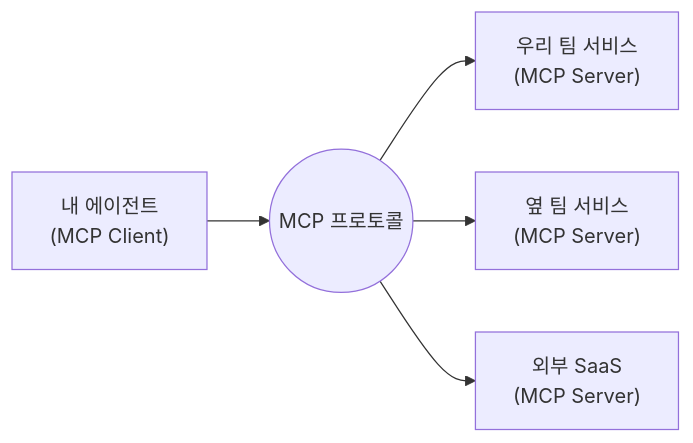
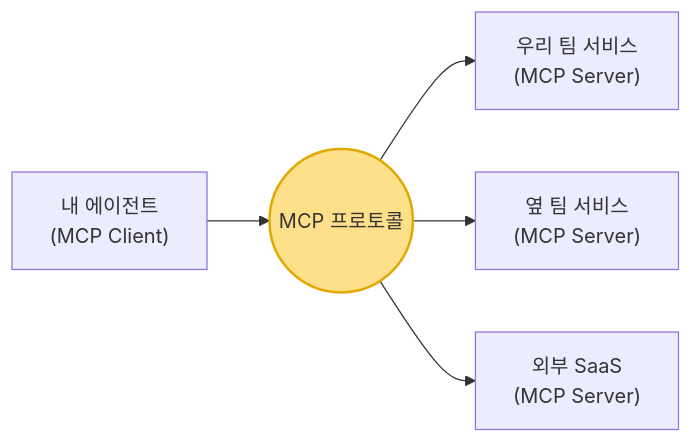
One commit to devjune/spring-ai-study changed the third of 4 diagrams in spring-ai-study.md. Above: the diagram before and after it, drawn with Mermaid. The commit also changed other lines of this file, not shown here.

Commit message:
docs: 다이어그램에서 핵심 노드(ChatClient·Advisor·MCP 프로토콜) 색상 강조

````diff
--- a/spring-ai-study.md
+++ b/spring-ai-study.md
@@ -389,7 +391,8 @@
 ```mermaid
 graph LR
     Agent["내 에이전트<br/>(MCP Client)"] --> P((MCP 프로토콜))
     P --> S1["우리 팀 서비스<br/>(MCP Server)"]
     P --> S2["옆 팀 서비스<br/>(MCP Server)"]
     P --> S3["외부 SaaS<br/>(MCP Server)"]
+    style P fill:#ffe08a,stroke:#e0a800,stroke-width:2px
 ```
````
